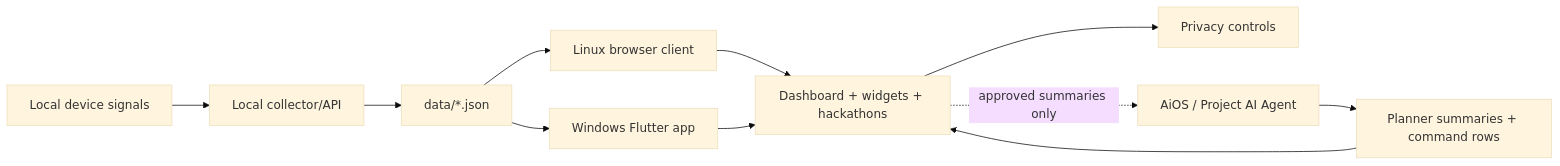
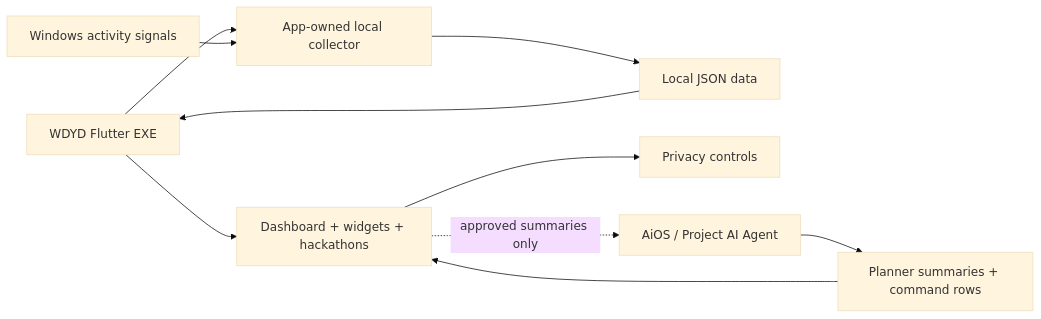
Before and after one commit to AnuranjanJain/what-do-you-do: the diagram in README.md, drawn with Mermaid (base theme). The commit also changed other lines of this file, not shown here.

Commit message:
Document the Windows-native delivery branch

````diff
--- a/README.md
+++ b/README.md
@@ -53,13 +54,12 @@
 ```mermaid
 flowchart LR
-  signals["Local device signals"] --> collector["Local collector/API"]
-  collector --> store["data/*.json"]
-  store --> linux["Linux browser client"]
-  store --> windows["Windows Flutter app"]
-  linux --> dashboard["Dashboard + widgets + hackathons"]
-  windows --> dashboard
+  windows["WDYD Flutter EXE"] --> collector["App-owned local collector"]
+  signals["Windows activity signals"] --> collector
+  collector --> store["Local JSON data"]
+  store --> windows
+  windows --> dashboard["Dashboard + widgets + hackathons"]
   dashboard --> privacy["Privacy controls"]
   dashboard -. approved summaries only .-> aios["AiOS / Project AI Agent"]
   aios --> planner["Planner summaries + command rows"]
   planner --> dashboard
 ```
````
